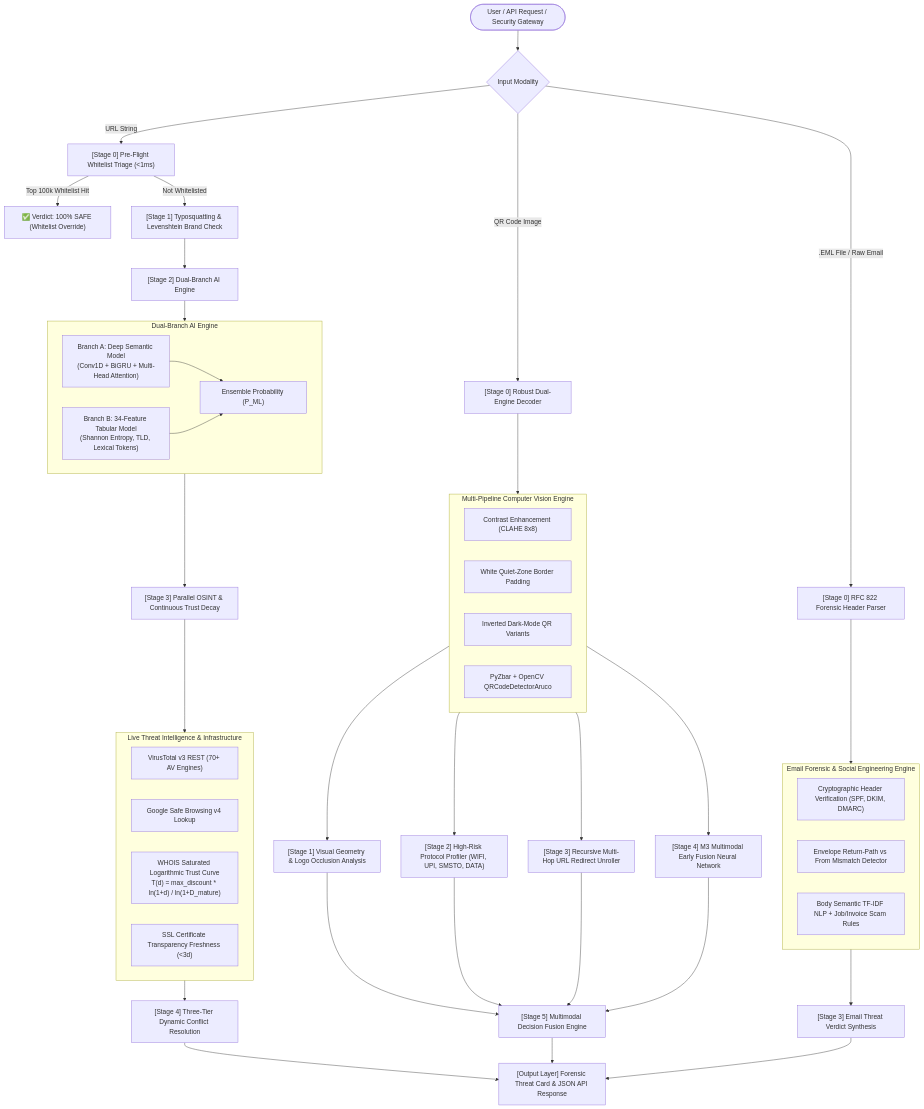
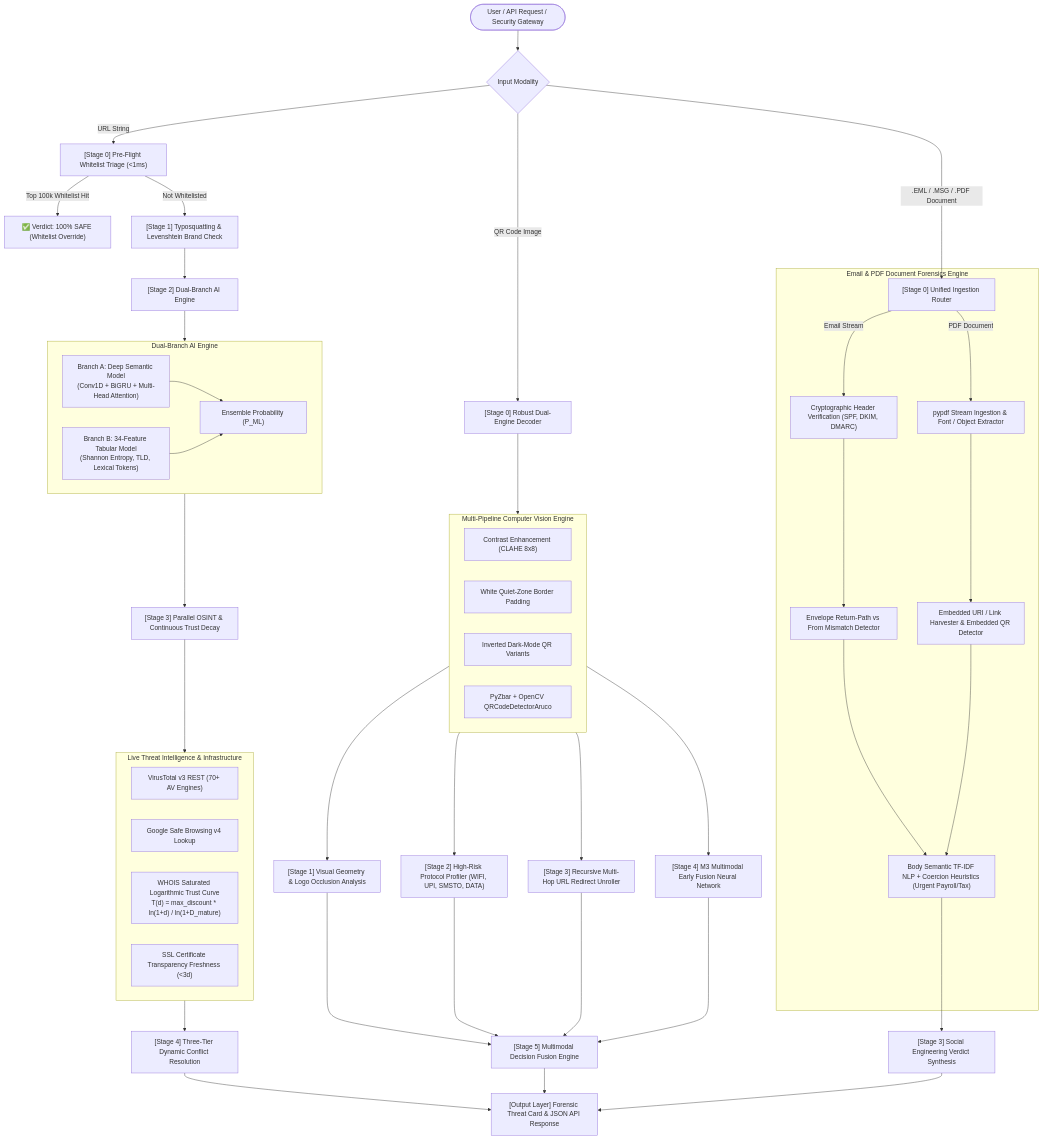
One commit to yashsinghal1234/PhishShield-X changed the diagram in README.md. Above: the diagram before and after it, drawn with Mermaid. The commit also changed other lines of this file, not shown here.

Commit message:
docs: update README with PDF threat analysis, retro CRT terminal, and hybrid Vercel/Render architecture

````diff
--- a/README.md
+++ b/README.md
@@ -26,57 +29,58 @@
 ```mermaid
 flowchart TD
     User([User / API Request / Security Gateway]) --> Ingest{Input Modality}
     
     %% ----------------- URL VECTOR -----------------
     Ingest -->|URL String| U0["[Stage 0] Pre-Flight Whitelist Triage (<1ms)"]
     U0 -->|Top 100k Whitelist Hit| U_Safe["✅ Verdict: 100% SAFE (Whitelist Override)"]
     U0 -->|Not Whitelisted| U1["[Stage 1] Typosquatting & Levenshtein Brand Check"]
     U1 --> U2["[Stage 2] Dual-Branch AI Engine"]
     
     subgraph U_AI ["Dual-Branch AI Engine"]
         U2A["Branch A: Deep Semantic Model\n(Conv1D + BiGRU + Multi-Head Attention)"]
         U2B["Branch B: 34-Feature Tabular Model\n(Shannon Entropy, TLD, Lexical Tokens)"]
         U2A & U2B --> U2_Ens["Ensemble Probability (P_ML)"]
     end
     U2 --> U_AI
     U_AI --> U3["[Stage 3] Parallel OSINT & Continuous Trust Decay"]
     
     subgraph U_OSINT ["Live Threat Intelligence & Infrastructure"]
         U3A["VirusTotal v3 REST (70+ AV Engines)"]
         U3B["Google Safe Browsing v4 Lookup"]
         U3C["WHOIS Saturated Logarithmic Trust Curve\nT(d) = max_discount * ln(1+d) / ln(1+D_mature)"]
         U3D["SSL Certificate Transparency Freshness (<3d)"]
     end
     U3 --> U_OSINT
     U_OSINT --> U4["[Stage 4] Three-Tier Dynamic Conflict Resolution"]
     
     %% ----------------- QR VECTOR -----------------
     Ingest -->|QR Code Image| Q0["[Stage 0] Robust Dual-Engine Decoder"]
     
     subgraph Q_CV ["Multi-Pipeline Computer Vision Engine"]
         Q0A["Contrast Enhancement (CLAHE 8x8)"]
         Q0B["White Quiet-Zone Border Padding"]
         Q0C["Inverted Dark-Mode QR Variants"]
         Q0D["PyZbar + OpenCV QRCodeDetectorAruco"]
     end
     Q0 --> Q_CV
     Q_CV --> Q1["[Stage 1] Visual Geometry & Logo Occlusion Analysis"]
     Q_CV --> Q2["[Stage 2] High-Risk Protocol Profiler (WIFI, UPI, SMSTO, DATA)"]
     Q_CV --> Q3["[Stage 3] Recursive Multi-Hop URL Redirect Unroller"]
     Q_CV --> Q4["[Stage 4] M3 Multimodal Early Fusion Neural Network"]
     Q1 & Q2 & Q3 & Q4 --> Q_Fused["[Stage 5] Multimodal Decision Fusion Engine"]
     
-    %% ----------------- EMAIL VECTOR -----------------
-    Ingest -->|.EML File / Raw Email| E0["[Stage 0] RFC 822 Forensic Header Parser"]
+    %% ----------------- EMAIL & PDF VECTOR -----------------
+    Ingest -->|.EML / .MSG / .PDF Document| E0["[Stage 0] Unified Ingestion Router"]
     
-    subgraph E_Forensics ["Email Forensic & Social Engineering Engine"]
-        E0A["Cryptographic Header Verification (SPF, DKIM, DMARC)"]
-        E0B["Envelope Return-Path vs From Mismatch Detector"]
-        E0C["Body Semantic TF-IDF NLP + Job/Invoice Scam Rules"]
+    subgraph E_Forensics ["Email & PDF Document Forensics Engine"]
+        E0 -->|Email Stream| E0A["Cryptographic Header Verification (SPF, DKIM, DMARC)"]
+        E0A --> E0B["Envelope Return-Path vs From Mismatch Detector"]
+        E0 -->|PDF Document| E0C["pypdf Stream Ingestion & Font / Object Extractor"]
+        E0C --> E0D["Embedded URI / Link Harvester & Embedded QR Detector"]
+        E0B & E0D --> E0E["Body Semantic TF-IDF NLP + Coercion Heuristics (Urgent Payroll/Tax)"]
     end
-    E0 --> E_Forensics
-    E_Forensics --> E_Fused["[Stage 3] Email Threat Verdict Synthesis"]
+    E0E --> E_Fused["[Stage 3] Social Engineering Verdict Synthesis"]
     
     %% ----------------- UNIFIED OUTPUT -----------------
     U4 & Q_Fused & E_Fused --> FinalOut["[Output Layer] Forensic Threat Card & JSON API Response"]
 ```
````
